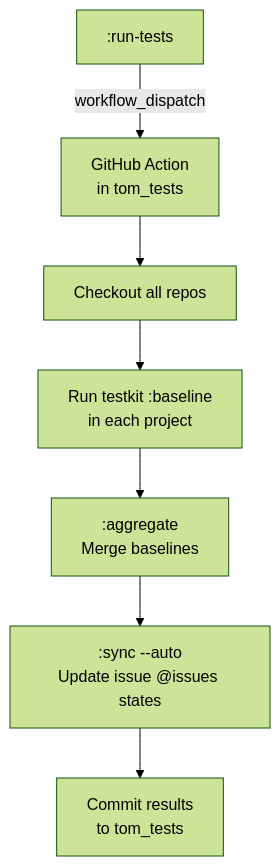
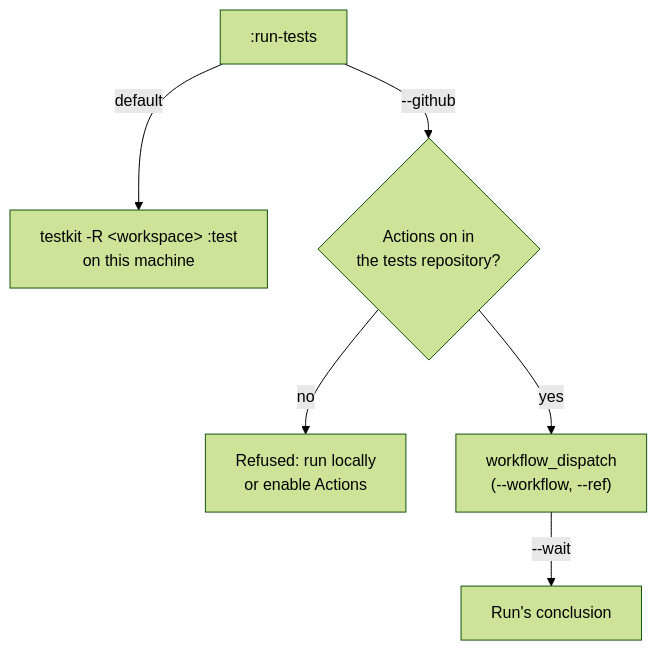
Before and after one commit to al-the-bear/tom_devops: diagram 24 of 37 in tom_issue_kit/doc/issuekit_command_reference.md, drawn with Mermaid (forest theme). The commit also changed other lines of this file and 15 other files, not shown here.

First line of the commit message:
tom_issue_kit 1.5.0: :run-tests runs testkit locally; --github dispatches only where Actions is on

````diff
--- a/tom_issue_kit/doc/issuekit_command_reference.md
+++ b/tom_issue_kit/doc/issuekit_command_reference.md
@@ -1364,10 +1367,9 @@
 ```mermaid
 graph TB
     RT[":run-tests"]
-    RT -->|"workflow_dispatch"| GA["GitHub Action<br/>in tom_tests"]
-    GA --> CO["Checkout all repos"]
-    CO --> TK["Run testkit :baseline<br/>in each project"]
-    TK --> AG[":aggregate<br/>Merge baselines"]
-    AG --> SY[":sync --auto<br/>Update issue @issues states"]
-    SY --> CM["Commit results<br/>to tom_tests"]
+    RT -->|"default"| TK["testkit -R &lt;workspace&gt; :test<br/>on this machine"]
+    RT -->|"--github"| AC{"Actions on in<br/>the tests repository?"}
+    AC -->|"no"| RF["Refused: run locally<br/>or enable Actions"]
+    AC -->|"yes"| GA["workflow_dispatch<br/>(--workflow, --ref)"]
+    GA -->|"--wait"| WR["Run's conclusion"]
 ```
````
